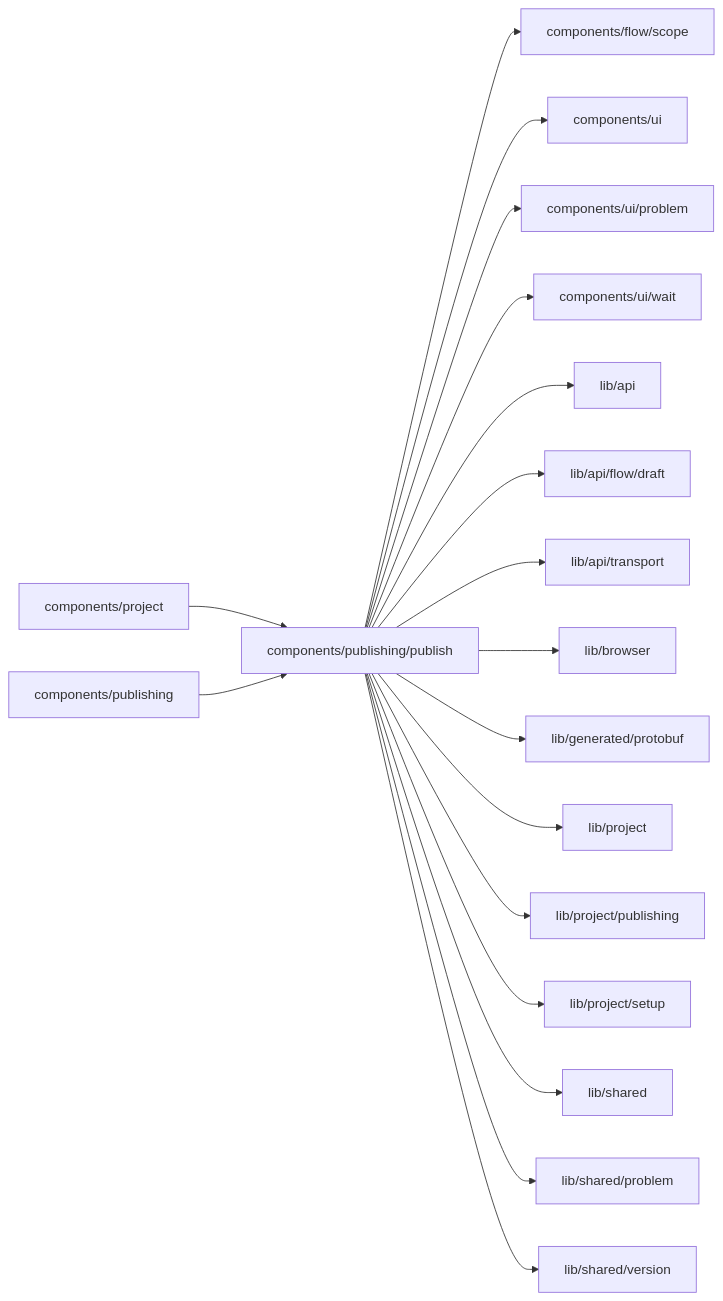
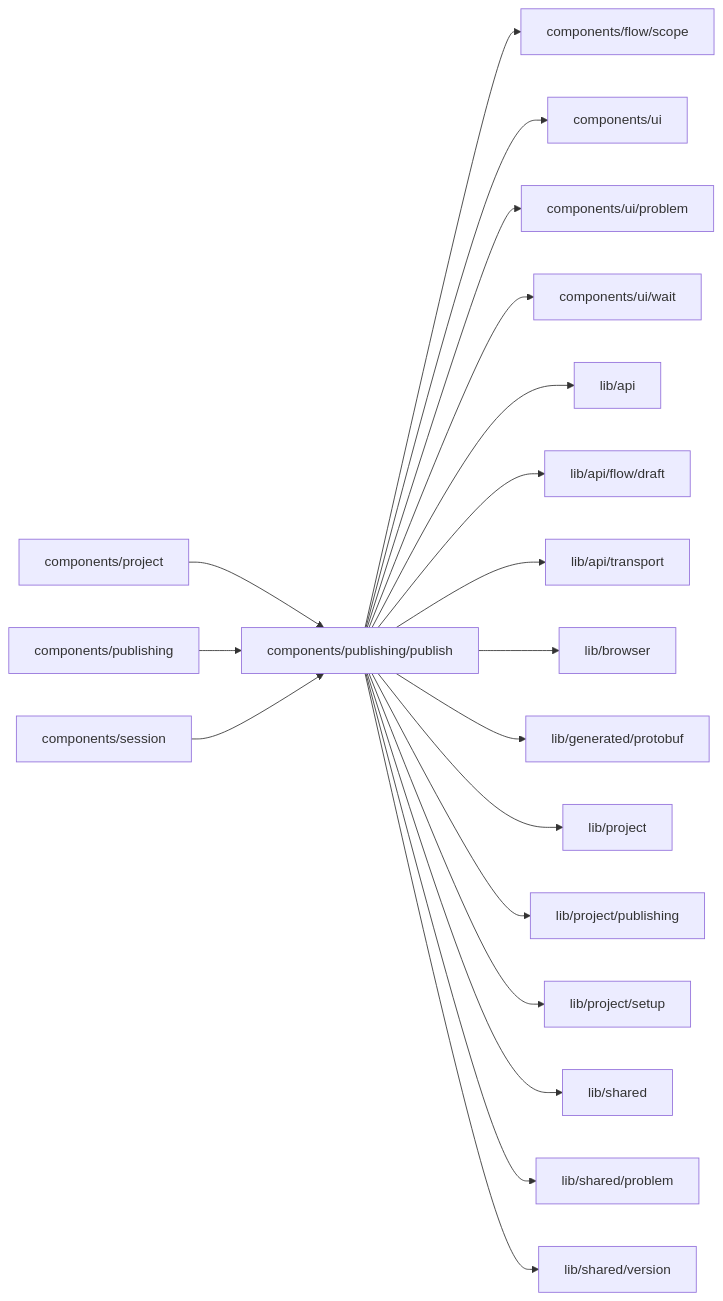
Before and after one commit to superdurable/superverse: the diagram in web/studio/components/publishing/publish/README.md, drawn with Mermaid. The commit also changed other lines of this file and 22 other files, not shown here.

````diff
--- a/web/studio/components/publishing/publish/README.md
+++ b/web/studio/components/publishing/publish/README.md
@@ -10,21 +10,22 @@
 ```mermaid
 flowchart LR
   self["components/publishing/publish"]
   c0["components/project"] --> self
   c1["components/publishing"] --> self
+  c2["components/session"] --> self
   self --> d0["components/flow/scope"]
   self --> d1["components/ui"]
   self --> d2["components/ui/problem"]
   self --> d3["components/ui/wait"]
   self --> d4["lib/api"]
   self --> d5["lib/api/flow/draft"]
   self --> d6["lib/api/transport"]
   self --> d7["lib/browser"]
   self --> d8["lib/generated/protobuf"]
   self --> d9["lib/project"]
   self --> d10["lib/project/publishing"]
   self --> d11["lib/project/setup"]
   self --> d12["lib/shared"]
   self --> d13["lib/shared/problem"]
   self --> d14["lib/shared/version"]
 ```
````
